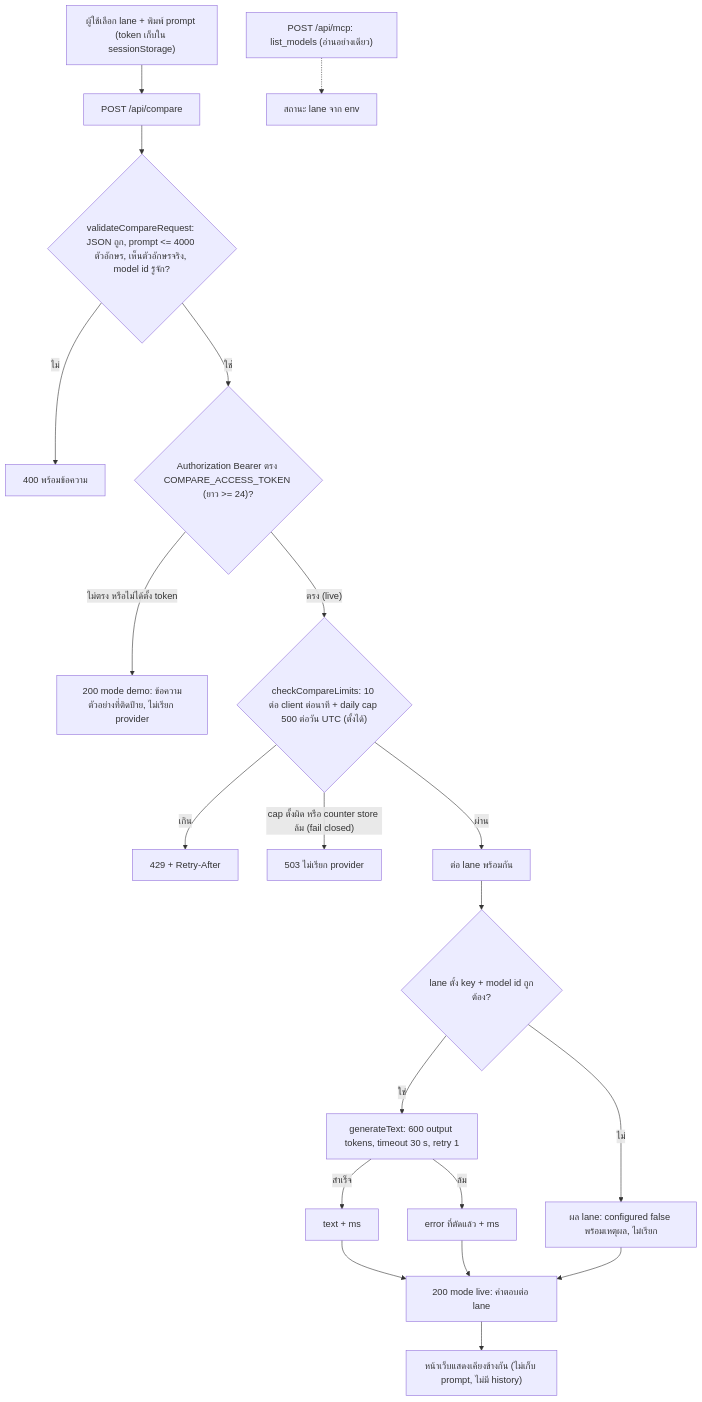
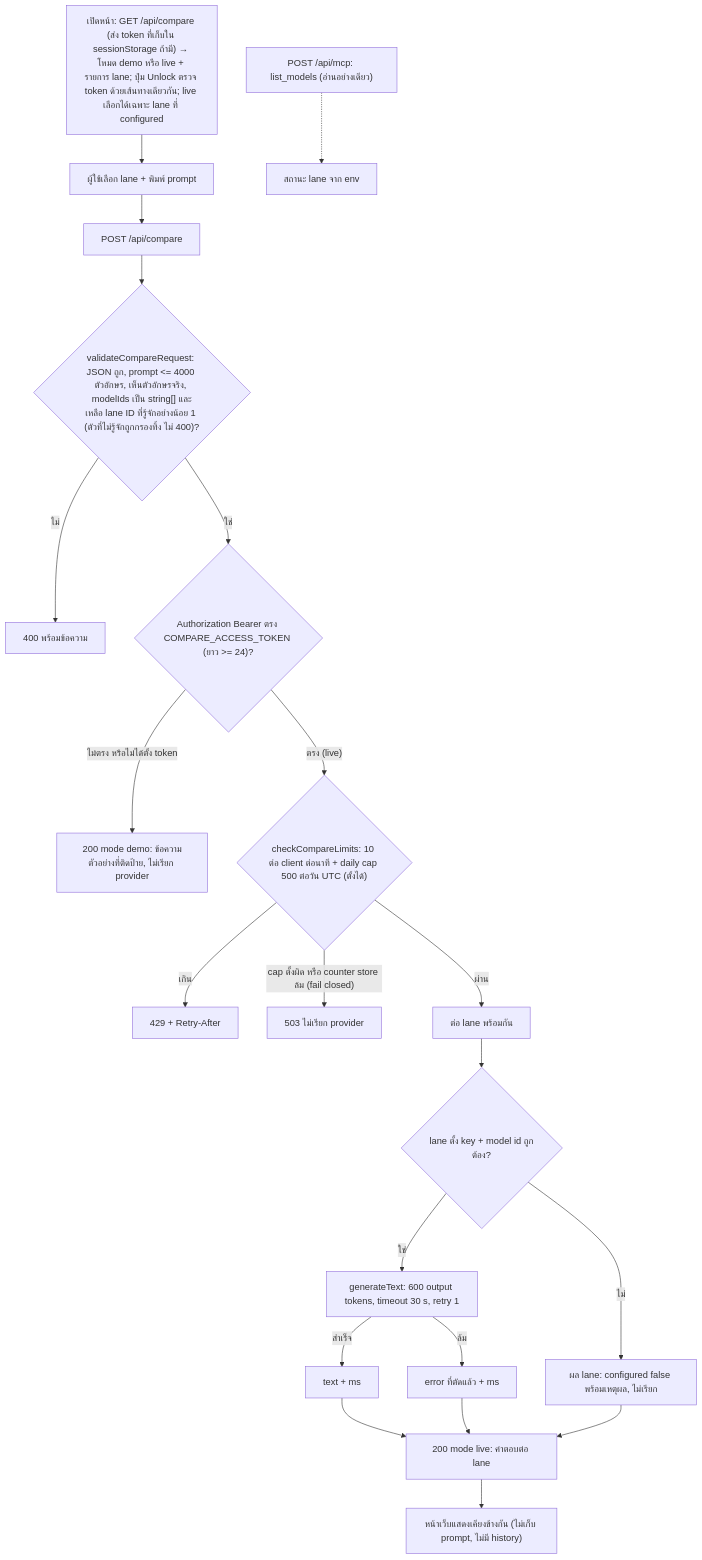
One commit to bookchaowalit-website/ai-chat-playground-web changed the first of 2 diagrams in docs/diagrams/01-business-process.md. Above: the diagram before and after it, drawn with Mermaid. The commit also changed other lines of this file, not shown here.

Commit message:
docs: correct As-Is/To-Be facts from review (01-business-process)

````diff
--- a/docs/diagrams/01-business-process.md
+++ b/docs/diagrams/01-business-process.md
@@ -9,22 +9,23 @@
 ```mermaid
 flowchart TD
-  USER["ผู้ใช้เลือก lane + พิมพ์ prompt (token เก็บใน sessionStorage)"] --> POST["POST /api/compare"]
-  POST --> VAL{"validateCompareRequest: JSON ถูก, prompt <= 4000 ตัวอักษร, เห็นตัวอักษรจริง, model id รู้จัก?"}
+  OPEN["เปิดหน้า: GET /api/compare (ส่ง token ที่เก็บใน sessionStorage ถ้ามี) → โหมด demo หรือ live + รายการ lane; ปุ่ม Unlock ตรวจ token ด้วยเส้นทางเดียวกัน; live เลือกได้เฉพาะ lane ที่ configured"] --> USER["ผู้ใช้เลือก lane + พิมพ์ prompt"]
+  USER --> POST["POST /api/compare"]
+  POST --> VAL{"validateCompareRequest: JSON ถูก, prompt <= 4000 ตัวอักษร, เห็นตัวอักษรจริง, modelIds เป็น string[] และเหลือ lane ID ที่รู้จักอย่างน้อย 1 (ตัวที่ไม่รู้จักถูกกรองทิ้ง ไม่ 400)?"}
   VAL -->|"ไม่"| E400["400 พร้อมข้อความ"]
   VAL -->|"ใช่"| MODE{"Authorization Bearer ตรง COMPARE_ACCESS_TOKEN (ยาว >= 24)?"}
   MODE -->|"ไม่ตรง หรือไม่ได้ตั้ง token"| DEMO["200 mode demo: ข้อความตัวอย่างที่ติดป้าย, ไม่เรียก provider"]
   MODE -->|"ตรง (live)"| LIM{"checkCompareLimits: 10 ต่อ client ต่อนาที + daily cap 500 ต่อวัน UTC (ตั้งได้)"}
   LIM -->|"เกิน"| E429["429 + Retry-After"]
   LIM -->|"cap ตั้งผิด หรือ counter store ล้ม (fail closed)"| E503["503 ไม่เรียก provider"]
   LIM -->|"ผ่าน"| LANES["ต่อ lane พร้อมกัน"]
   LANES --> CFG{"lane ตั้ง key + model id ถูกต้อง?"}
   CFG -->|"ไม่"| LERR["ผล lane: configured false พร้อมเหตุผล, ไม่เรียก"]
   CFG -->|"ใช่"| CALL["generateText: 600 output tokens, timeout 30 s, retry 1"]
   CALL -->|"สำเร็จ"| LOK["text + ms"]
   CALL -->|"ล้ม"| LFAIL["error ที่ตัดแล้ว + ms"]
   LOK --> RESP["200 mode live: คำตอบต่อ lane"]
   LFAIL --> RESP
   LERR --> RESP
   RESP --> SHOW["หน้าเว็บแสดงเคียงข้างกัน (ไม่เก็บ prompt, ไม่มี history)"]
   MCP["POST /api/mcp: list_models (อ่านอย่างเดียว)"] -.-> CAT["สถานะ lane จาก env"]
 ```
````
